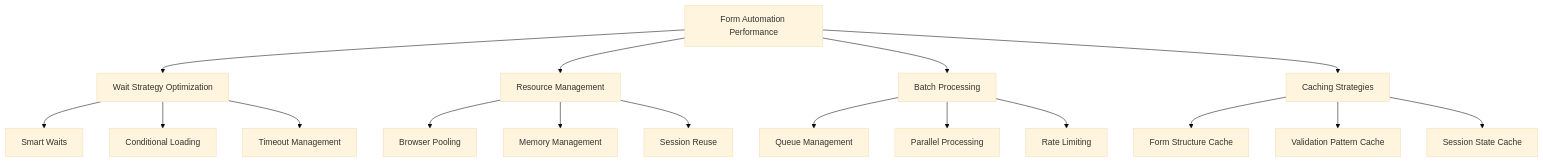
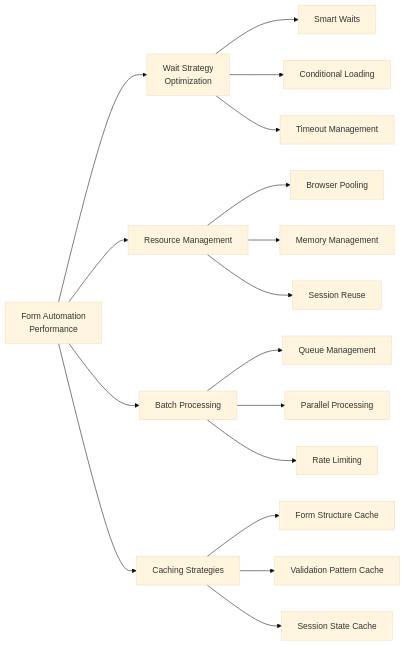
The third of 3 diagrams in _posts/2025-05-09-form-filling-automation-simple-inputs-complex-multi-step.md (bytetunnels/bytetunnels.github.com), drawn with Mermaid (base theme) before and after one commit. The commit also changed other lines of this file and 118 other files, not shown here.

Commit message:
feat: improve diagram styling and compact wide flowcharts

````diff
--- a/_posts/2025-05-09-form-filling-automation-simple-inputs-complex-multi-step.md
+++ b/_posts/2025-05-09-form-filling-automation-simple-inputs-complex-multi-step.md
@@ -315,25 +315,25 @@
 ```mermaid
-graph TD
-    A[Form Automation Performance]
+graph LR
+    A["Form Automation<br/>Performance"]
 
-    A --> B[Wait Strategy Optimization]
+    A --> B["Wait Strategy<br/>Optimization"]
     A --> C[Resource Management]
     A --> D[Batch Processing]
     A --> E[Caching Strategies]
 
     B --> B1[Smart Waits]
     B --> B2[Conditional Loading]
     B --> B3[Timeout Management]
 
     C --> C1[Browser Pooling]
     C --> C2[Memory Management]
     C --> C3[Session Reuse]
 
     D --> D1[Queue Management]
     D --> D2[Parallel Processing]
     D --> D3[Rate Limiting]
 
     E --> E1[Form Structure Cache]
     E --> E2[Validation Pattern Cache]
     E --> E3[Session State Cache]
 ```
````
